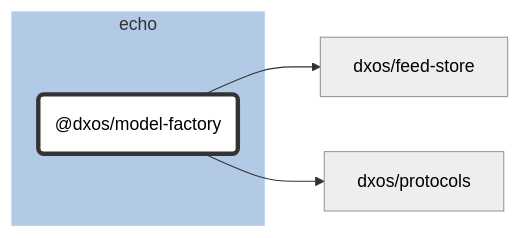
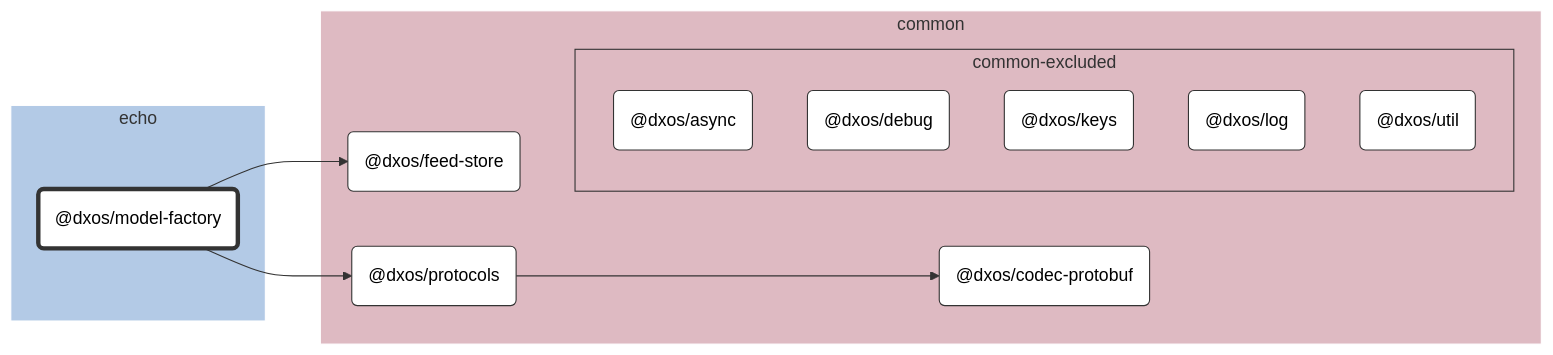
The diagram in packages/echo/model-factory/docs/README.md (dxos/dxos), drawn with Mermaid (neutral theme) before and after one commit. The commit also changed 69 other files, not shown here.

````diff
--- a/packages/echo/model-factory/docs/README.md
+++ b/packages/echo/model-factory/docs/README.md
@@ -7,22 +7,47 @@
 ```mermaid
 %%{ init: {'flowchart':{'curve':'basis'}} }%%
 
 flowchart LR
 
 %% Classes
 classDef def fill:#fff,stroke:#333,stroke-width:1px
 classDef root fill:#fff,stroke:#333,stroke-width:4px
 
 %% Nodes
 
 subgraph echo [echo]
   style echo fill:#b3cae6,stroke:#fff
   dxos/model-factory("@dxos/model-factory"):::root
   click dxos/model-factory "dxos/dxos/tree/main/packages/echo/model-factory/docs"
 end
 
+subgraph common [common]
+  style common fill:#debac2,stroke:#fff
+  dxos/codec-protobuf("@dxos/codec-protobuf"):::def
+  click dxos/codec-protobuf "dxos/dxos/tree/main/packages/common/codec-protobuf/docs"
+  dxos/feed-store("@dxos/feed-store"):::def
+  click dxos/feed-store "dxos/dxos/tree/main/packages/common/feed-store/docs"
+  dxos/protocols("@dxos/protocols"):::def
+  click dxos/protocols "dxos/dxos/tree/main/packages/common/protocols/docs"
+
+  subgraph common-excluded [common-excluded]
+    style common-excluded fill:#debac2,stroke:#333,stroke-dashed:5 5
+    dxos/async("@dxos/async"):::def
+    click dxos/async "dxos/dxos/tree/main/packages/common/async/docs"
+    dxos/debug("@dxos/debug"):::def
+    click dxos/debug "dxos/dxos/tree/main/packages/common/debug/docs"
+    dxos/keys("@dxos/keys"):::def
+    click dxos/keys "dxos/dxos/tree/main/packages/common/keys/docs"
+    dxos/log("@dxos/log"):::def
+    click dxos/log "dxos/dxos/tree/main/packages/common/log/docs"
+    dxos/util("@dxos/util"):::def
+    click dxos/util "dxos/dxos/tree/main/packages/common/util/docs"
+  end
+end
+
 %% Links
 linkStyle default stroke:#333,stroke-width:1px
 dxos/model-factory --> dxos/feed-store
 dxos/model-factory --> dxos/protocols
+dxos/protocols --> dxos/codec-protobuf
 ```
````
